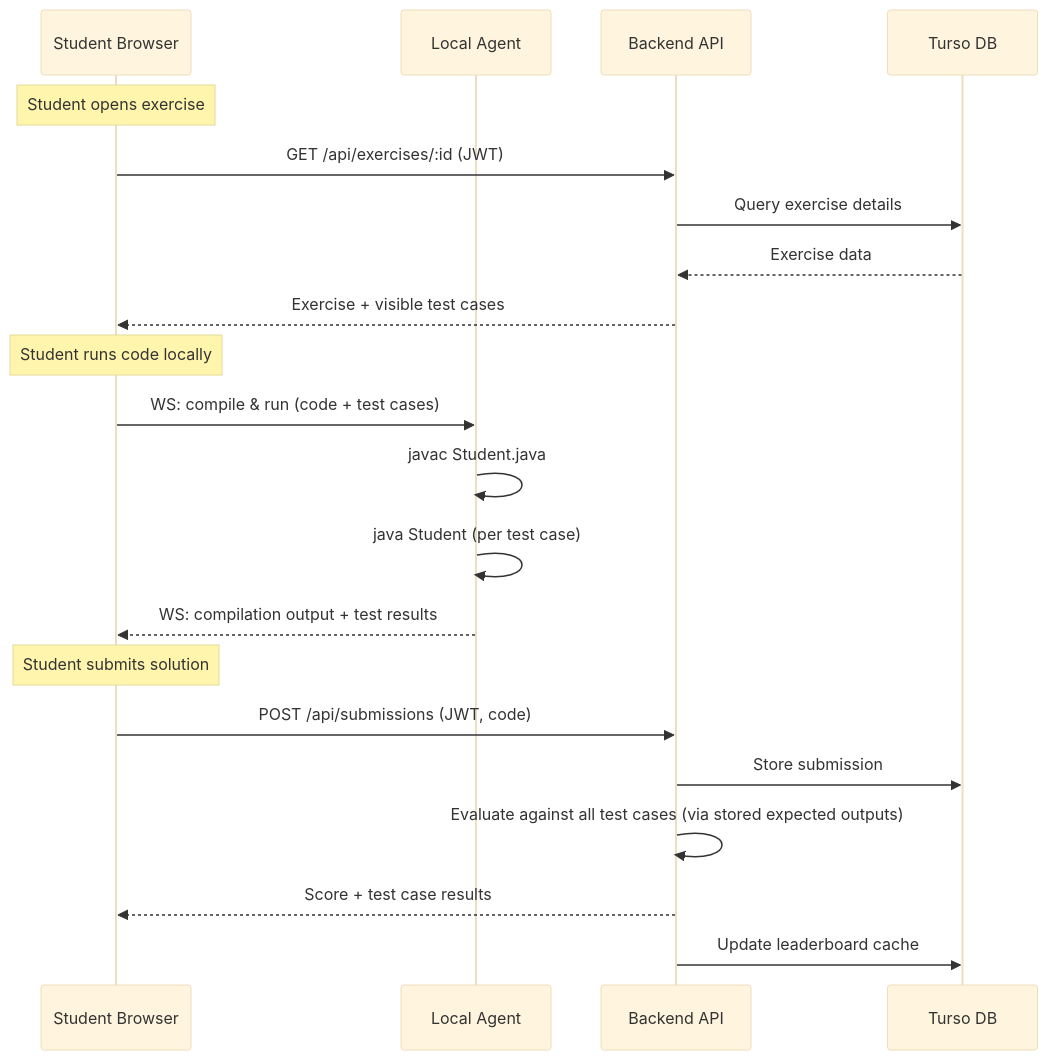
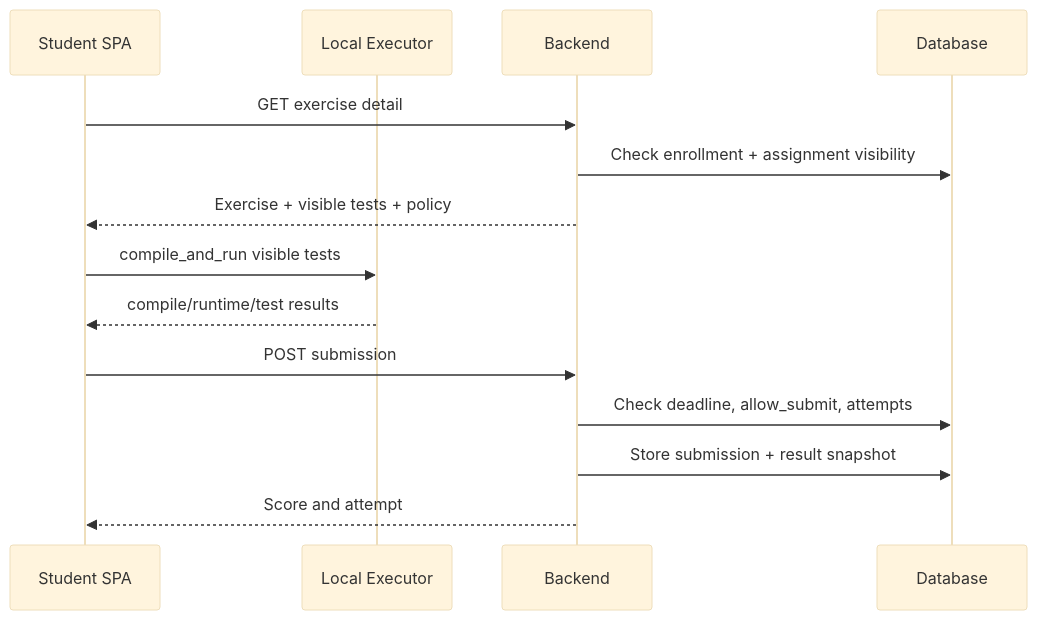
Before and after one commit to oop-uet/olp: the second of 3 diagrams in design.md, drawn with Mermaid (base theme). The commit also changed other lines of this file and 1 other file, not shown here.

````diff
--- a/design.md
+++ b/design.md
@@ -67,26 +564,17 @@
 ```mermaid
 sequenceDiagram
-    participant S as Student Browser
-    participant A as Local Agent
-    participant BE as Backend API
-    participant DB as Turso DB
+    participant S as Student SPA
+    participant L as Local Executor
+    participant API as Backend
+    participant DB as Database
 
-    Note over S: Student opens exercise
-    S->>BE: GET /api/exercises/:id (JWT)
-    BE->>DB: Query exercise details
-    DB-->>BE: Exercise data
-    BE-->>S: Exercise + visible test cases
-
-    Note over S: Student runs code locally
-    S->>A: WS: compile & run (code + test cases)
-    A->>A: javac Student.java
-    A->>A: java Student (per test case)
-    A-->>S: WS: compilation output + test results
-
-    Note over S: Student submits solution
-    S->>BE: POST /api/submissions (JWT, code)
-    BE->>DB: Store submission
-    BE->>BE: Evaluate against all test cases (via stored expected outputs)
-    BE-->>S: Score + test case results
-    BE->>DB: Update leaderboard cache
+    S->>API: GET exercise detail
+    API->>DB: Check enrollment + assignment visibility
+    API-->>S: Exercise + visible tests + policy
+    S->>L: compile_and_run visible tests
+    L-->>S: compile/runtime/test results
+    S->>API: POST submission
+    API->>DB: Check deadline, allow_submit, attempts
+    API->>DB: Store submission + result snapshot
+    API-->>S: Score and attempt
 ```
````
